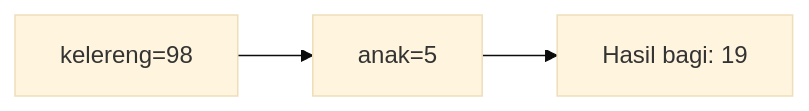
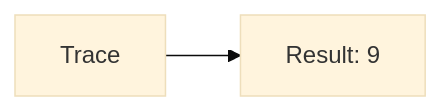
One commit to amnahwaida/OSNK_INF_PREP changed diagram 18 of 25 in part-c-pemahaman-cpp/01-tipe-data/latihan/set-06.md. Above: the diagram before and after it, drawn with Mermaid (base theme). The commit also changed other lines of this file and 71 other files, not shown here.

````diff
--- a/part-c-pemahaman-cpp/01-tipe-data/latihan/set-06.md
+++ b/part-c-pemahaman-cpp/01-tipe-data/latihan/set-06.md
@@ -337,5 +379,4 @@
 ```mermaid
 graph LR
-A["kelereng=98"] --> B["anak=5"]
-B --> C["Hasil bagi: 19"]
+A[Trace] --> B[Result: 9]
 ```
````
